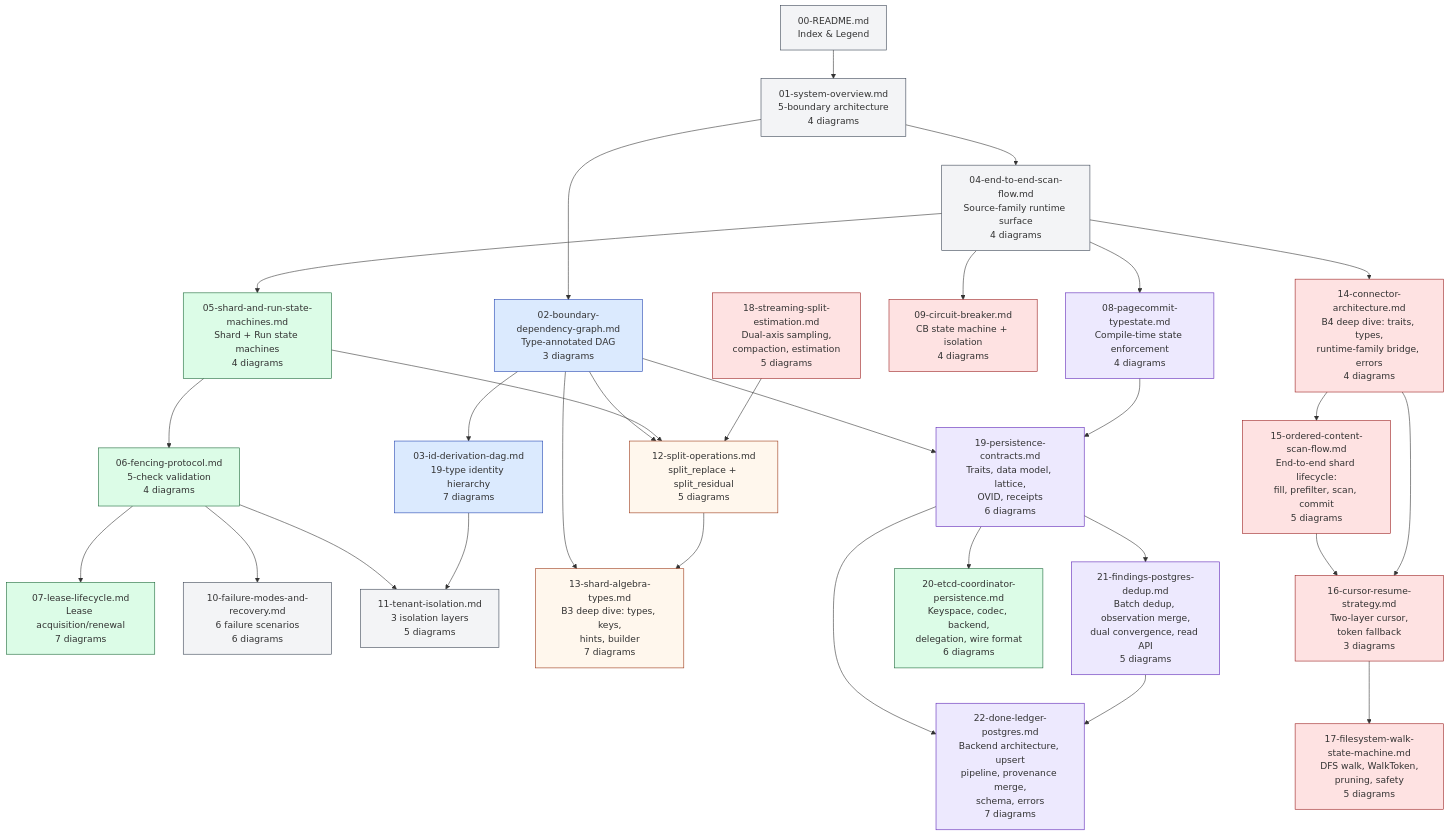
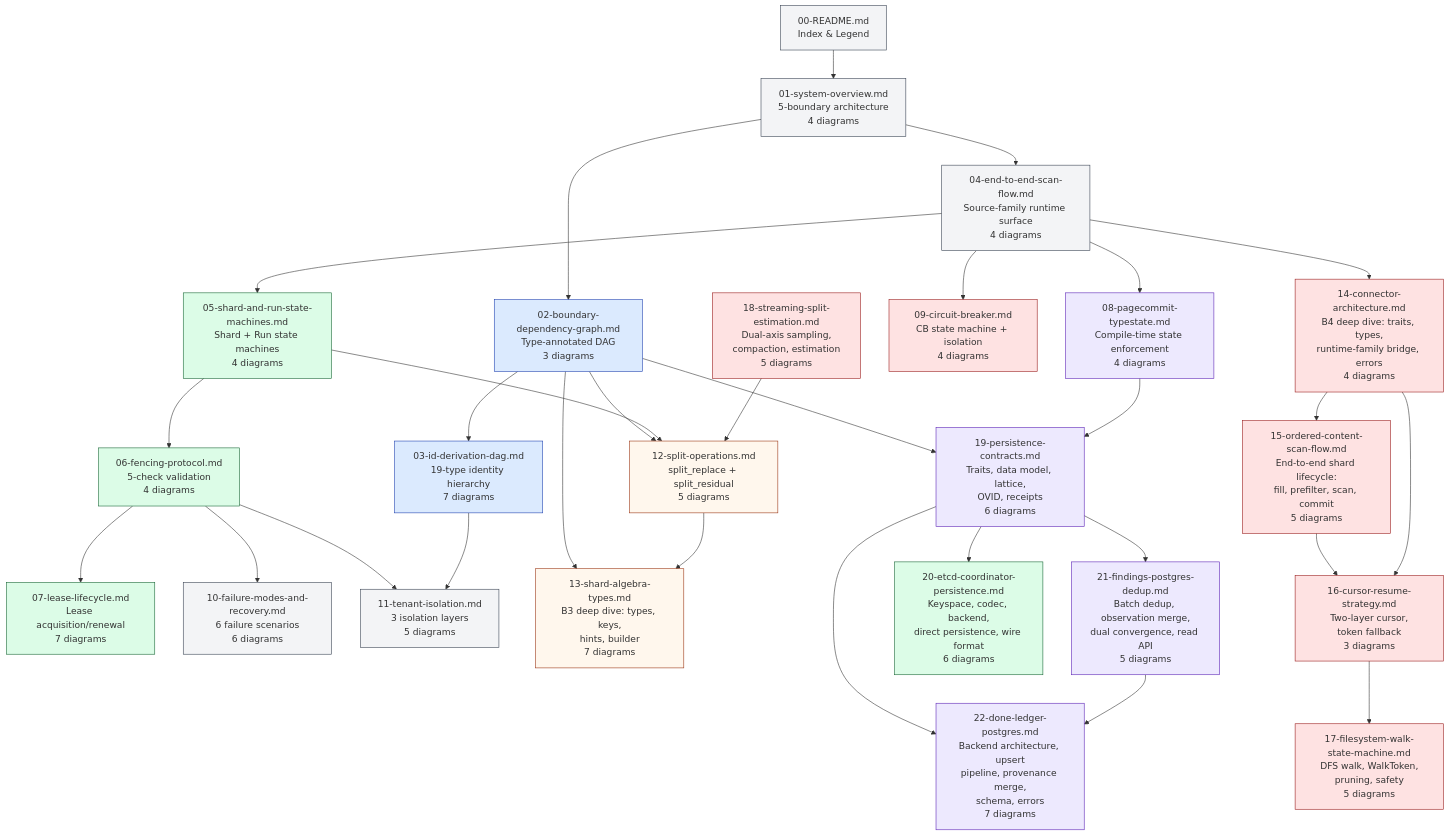
The diagram in diagrams/00-README.md (ahrav/Gossip-rs), drawn with Mermaid before and after one commit. The commit also changed other lines of this file, not shown here.

First line of the commit message:
docs: align diagram 20 readme wording

```diff
--- a/diagrams/00-README.md
+++ b/diagrams/00-README.md
@@ -55,7 +55,7 @@
     FW[17-filesystem-walk-state-machine.md<br/>DFS walk, WalkToken,<br/>pruning, safety<br/>5 diagrams]
     SE[18-streaming-split-estimation.md<br/>Dual-axis sampling,<br/>compaction, estimation<br/>5 diagrams]
     PCC[19-persistence-contracts.md<br/>Traits, data model, lattice,<br/>OVID, receipts<br/>6 diagrams]
-    ECP[20-etcd-coordinator-persistence.md<br/>Keyspace, codec, backend,<br/>delegation, wire format<br/>6 diagrams]
+    ECP[20-etcd-coordinator-persistence.md<br/>Keyspace, codec, backend,<br/>direct persistence, wire format<br/>6 diagrams]
     FPD[21-findings-postgres-dedup.md<br/>Batch dedup, observation merge,<br/>dual convergence, read API<br/>5 diagrams]
     DLP[22-done-ledger-postgres.md<br/>Backend architecture, upsert<br/>pipeline, provenance merge,<br/>schema, errors<br/>7 diagrams]
 
```
